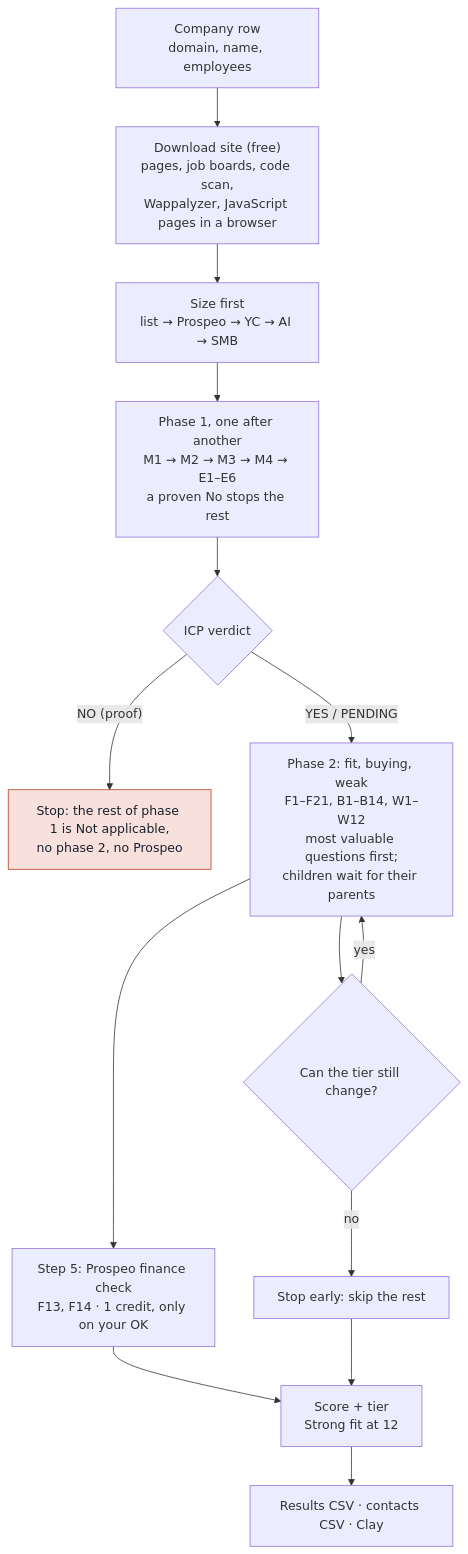
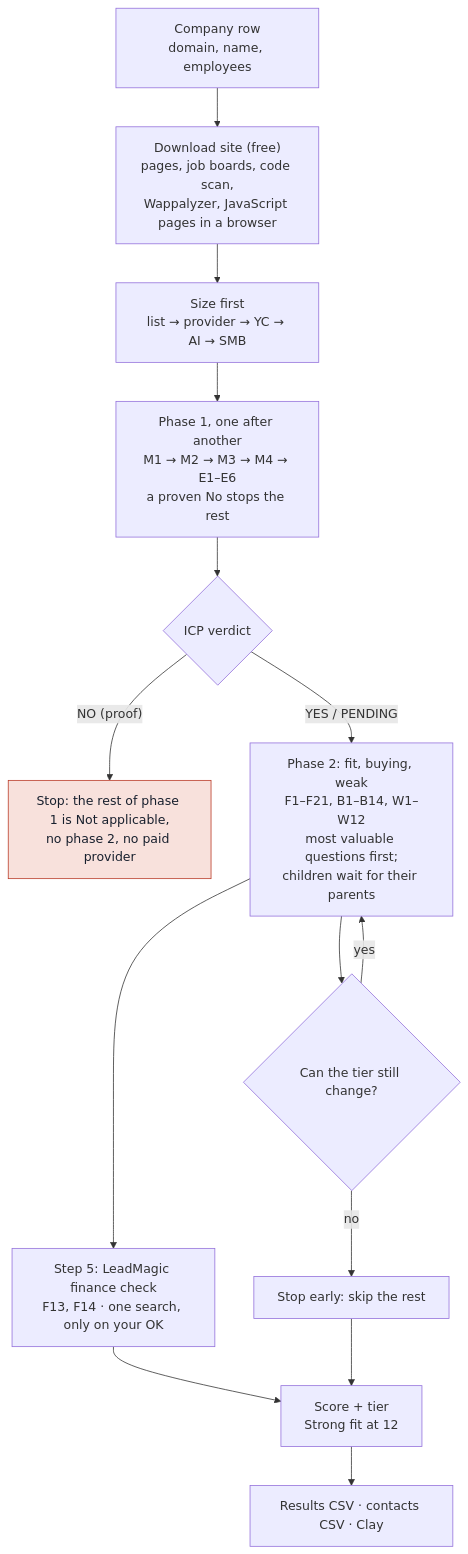
One commit to aligmirza/PuzzleLeadScoring changed the third of 11 diagrams in docs/DOCUMENTATION.md. Above: the diagram before and after it, drawn with Mermaid. The commit also changed other lines of this file and 33 other files, not shown here.

First line of the commit message:
LeadMagic first for people, company data and emails; Prospeo only as a fallback

````diff
--- a/docs/DOCUMENTATION.md
+++ b/docs/DOCUMENTATION.md
@@ -435,19 +442,19 @@
 ```mermaid
 flowchart TD
     A["Company row<br/>domain, name, employees"] --> B["Download site (free)<br/>pages, job boards, code scan,<br/>Wappalyzer, JavaScript pages in a browser"]
-    B --> C["Size first<br/>list → Prospeo → YC → AI → SMB"]
+    B --> C["Size first<br/>list → provider → YC → AI → SMB"]
     C --> D["Phase 1, one after another<br/>M1 → M2 → M3 → M4 → E1–E6<br/>a proven No stops the rest"]
     D --> E{"ICP verdict"}
-    E -- "NO (proof)" --> X["Stop: the rest of phase 1 is Not applicable,<br/>no phase 2, no Prospeo"]
+    E -- "NO (proof)" --> X["Stop: the rest of phase 1 is Not applicable,<br/>no phase 2, no paid provider"]
     E -- "YES / PENDING" --> F["Phase 2: fit, buying, weak<br/>F1–F21, B1–B14, W1–W12<br/>most valuable questions first;<br/>children wait for their parents"]
     F --> G{"Can the tier still change?"}
     G -- "no" --> H["Stop early: skip the rest"]
     G -- "yes" --> F
-    F --> I["Step 5: Prospeo finance check<br/>F13, F14 · 1 credit, only on your OK"]
+    F --> I["Step 5: LeadMagic finance check<br/>F13, F14 · one search, only on your OK"]
     I --> J["Score + tier<br/>Strong fit at 12"]
     H --> J
     J --> K["Results CSV · contacts CSV · Clay"]
 
     classDef no fill:#f8e1dc,stroke:#b93a27,color:#18202e
     class X no
 ```
````
